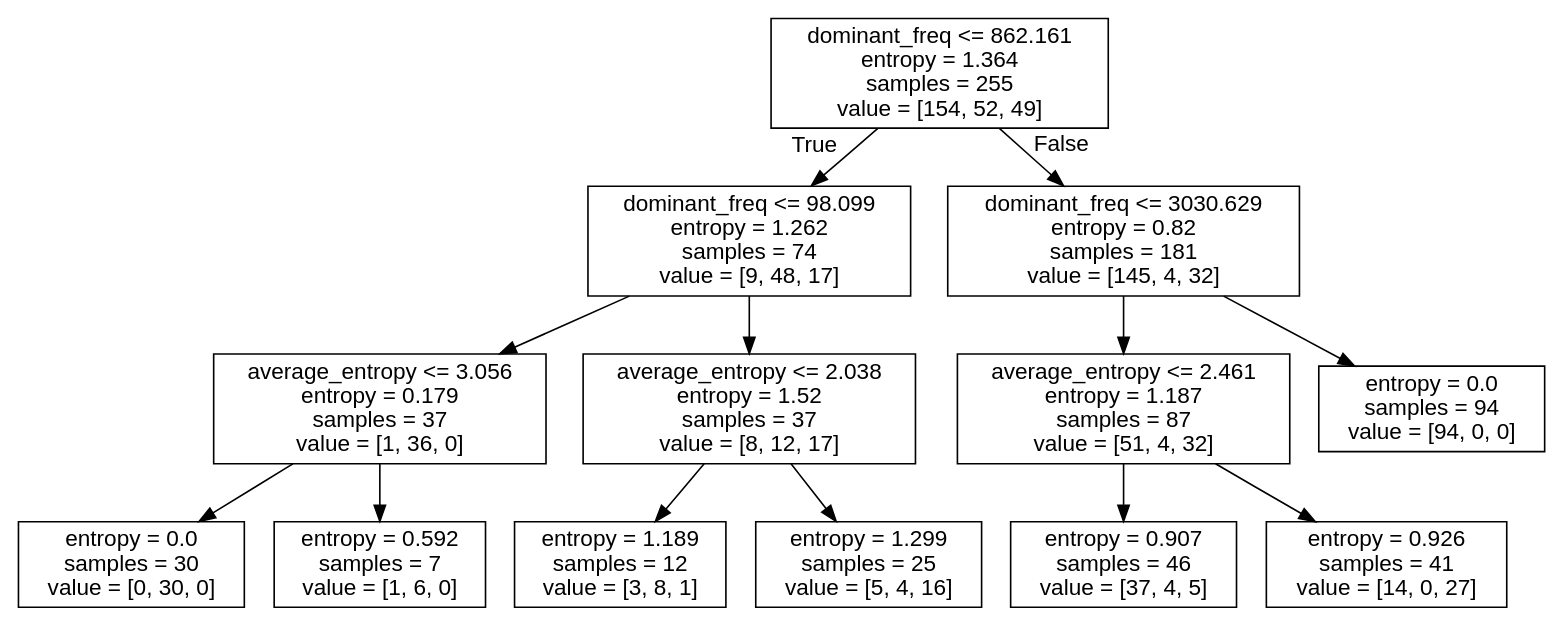
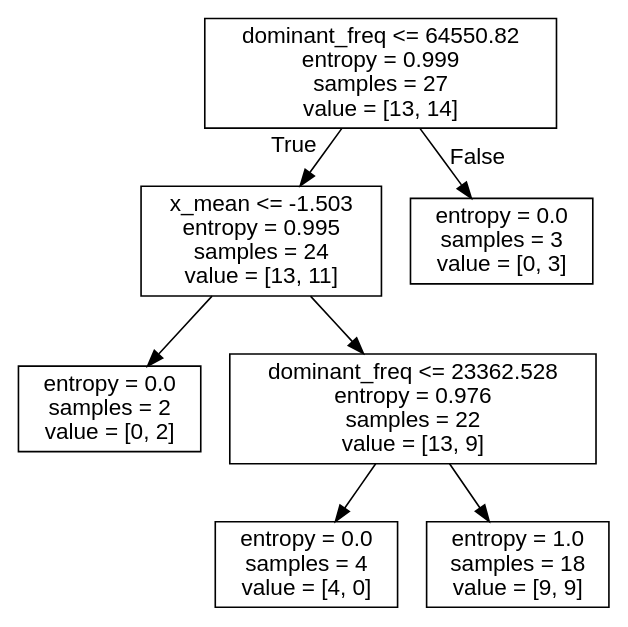
One commit to GregoryGarber/SnoreMate changed the diagram in classifier/tree.dot. Above: the diagram before and after it, drawn with Graphviz. The commit also changed 8 other files, not shown here.

```diff
--- a/classifier/tree.dot
+++ b/classifier/tree.dot
@@ -1,29 +1,17 @@
 digraph Tree {
 node [shape=box, fontname="helvetica"] ;
 edge [fontname="helvetica"] ;
-0 [label="dominant_freq <= 862.161\nentropy = 1.364\nsamples = 255\nvalue = [154, 52, 49]"] ;
-1 [label="dominant_freq <= 98.099\nentropy = 1.262\nsamples = 74\nvalue = [9, 48, 17]"] ;
+0 [label="dominant_freq <= 64550.82\nentropy = 0.999\nsamples = 27\nvalue = [13, 14]"] ;
+1 [label="x_mean <= -1.503\nentropy = 0.995\nsamples = 24\nvalue = [13, 11]"] ;
 0 -> 1 [labeldistance=2.5, labelangle=45, headlabel="True"] ;
-2 [label="average_entropy <= 3.056\nentropy = 0.179\nsamples = 37\nvalue = [1, 36, 0]"] ;
+2 [label="entropy = 0.0\nsamples = 2\nvalue = [0, 2]"] ;
 1 -> 2 ;
-3 [label="entropy = 0.0\nsamples = 30\nvalue = [0, 30, 0]"] ;
-2 -> 3 ;
-4 [label="entropy = 0.592\nsamples = 7\nvalue = [1, 6, 0]"] ;
-2 -> 4 ;
-5 [label="average_entropy <= 2.038\nentropy = 1.52\nsamples = 37\nvalue = [8, 12, 17]"] ;
-1 -> 5 ;
-6 [label="entropy = 1.189\nsamples = 12\nvalue = [3, 8, 1]"] ;
-5 -> 6 ;
-7 [label="entropy = 1.299\nsamples = 25\nvalue = [5, 4, 16]"] ;
-5 -> 7 ;
-8 [label="dominant_freq <= 3030.629\nentropy = 0.82\nsamples = 181\nvalue = [145, 4, 32]"] ;
-0 -> 8 [labeldistance=2.5, labelangle=-45, headlabel="False"] ;
-9 [label="average_entropy <= 2.461\nentropy = 1.187\nsamples = 87\nvalue = [51, 4, 32]"] ;
-8 -> 9 ;
-10 [label="entropy = 0.907\nsamples = 46\nvalue = [37, 4, 5]"] ;
-9 -> 10 ;
-11 [label="entropy = 0.926\nsamples = 41\nvalue = [14, 0, 27]"] ;
-9 -> 11 ;
-12 [label="entropy = 0.0\nsamples = 94\nvalue = [94, 0, 0]"] ;
-8 -> 12 ;
+3 [label="dominant_freq <= 23362.528\nentropy = 0.976\nsamples = 22\nvalue = [13, 9]"] ;
+1 -> 3 ;
+4 [label="entropy = 0.0\nsamples = 4\nvalue = [4, 0]"] ;
+3 -> 4 ;
+5 [label="entropy = 1.0\nsamples = 18\nvalue = [9, 9]"] ;
+3 -> 5 ;
+6 [label="entropy = 0.0\nsamples = 3\nvalue = [0, 3]"] ;
+0 -> 6 [labeldistance=2.5, labelangle=-45, headlabel="False"] ;
 }
```
